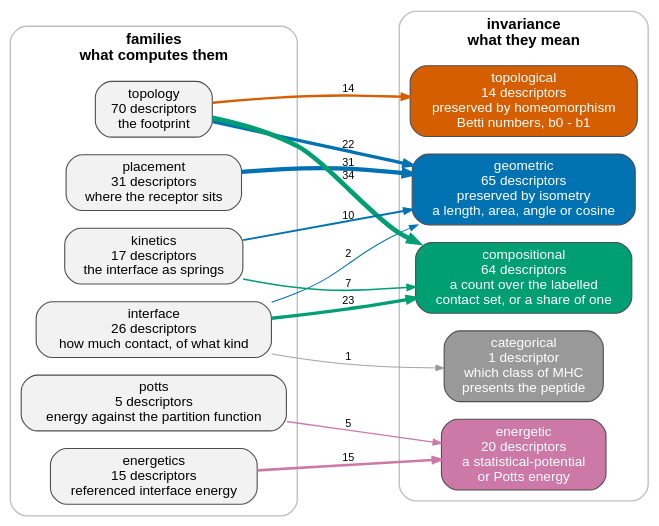
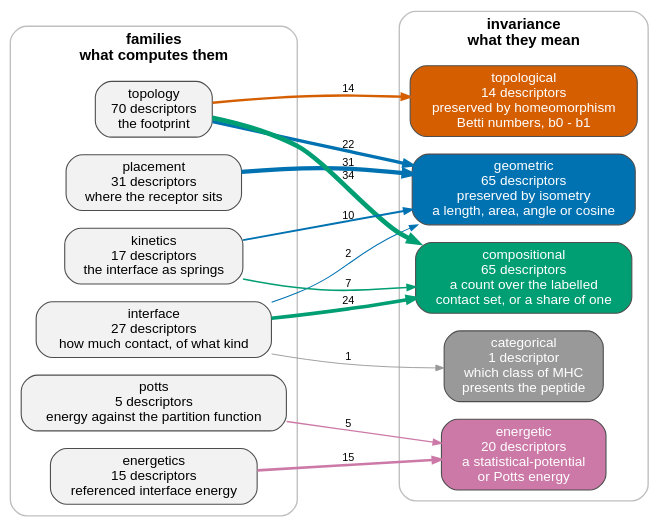
Before and after one commit to antigenomics/tcren: the diagram in docs/_static/descriptor_families.dot, drawn with Graphviz. The commit also changed 11 other files, not shown here.

```diff
--- a/docs/_static/descriptor_families.dot
+++ b/docs/_static/descriptor_families.dot
@@ -1,42 +1,42 @@
 // GENERATED by scripts/gen_family_graph.py -- do not edit.
 digraph descriptor_families {
   rankdir=LR; bgcolor="transparent"; splines=true; nodesep=0.18; ranksep=1.1;
   node [shape=box, style="rounded,filled", fontname="Helvetica", fontsize=10,
         color="#4D4D4D", penwidth=0.8];
   edge [fontname="Helvetica", fontsize=8, color="#4D4D4D", arrowsize=0.6];
 
   // what produces them: one pass of one command per family
   subgraph cluster_family {
     label="families\nwhat computes them"; fontname="Helvetica-Bold"; fontsize=11;
     color="#BFBFBF"; style=rounded;
     "placement" [fillcolor="#F2F2F2", label="placement\n31 descriptors\nwhere the receptor sits"];
-    "interface" [fillcolor="#F2F2F2", label="interface\n26 descriptors\nhow much contact, of what kind"];
+    "interface" [fillcolor="#F2F2F2", label="interface\n27 descriptors\nhow much contact, of what kind"];
     "topology" [fillcolor="#F2F2F2", label="topology\n70 descriptors\nthe footprint"];
     "energetics" [fillcolor="#F2F2F2", label="energetics\n15 descriptors\nreferenced interface energy"];
     "potts" [fillcolor="#F2F2F2", label="potts\n5 descriptors\nenergy against the partition function"];
     "kinetics" [fillcolor="#F2F2F2", label="kinetics\n17 descriptors\nthe interface as springs"];
   }
 
   // what they mean: the invariance the quantity is defined up to
   subgraph cluster_class {
     label="invariance\nwhat they mean"; fontname="Helvetica-Bold"; fontsize=11;
     color="#BFBFBF"; style=rounded;
     "geometric" [fillcolor="#0072B2", fontcolor="white", label="geometric\n65 descriptors\npreserved by isometry\na length, area, angle or cosine"];
     "topological" [fillcolor="#D55E00", fontcolor="white", label="topological\n14 descriptors\npreserved by homeomorphism\nBetti numbers, b0 - b1"];
-    "compositional" [fillcolor="#009E73", fontcolor="white", label="compositional\n64 descriptors\na count over the labelled\ncontact set, or a share of one"];
+    "compositional" [fillcolor="#009E73", fontcolor="white", label="compositional\n65 descriptors\na count over the labelled\ncontact set, or a share of one"];
     "energetic" [fillcolor="#CC79A7", fontcolor="white", label="energetic\n20 descriptors\na statistical-potential\nor Potts energy"];
     "categorical" [fillcolor="#999999", fontcolor="white", label="categorical\n1 descriptor\nwhich class of MHC\npresents the peptide"];
   }
 
   "placement" -> "geometric" [label="31", penwidth=3.20, color="#0072B2"];
-  "interface" -> "compositional" [label="23", penwidth=2.53, color="#009E73"];
+  "interface" -> "compositional" [label="24", penwidth=2.61, color="#009E73"];
   "interface" -> "geometric" [label="2", penwidth=0.77, color="#0072B2"];
   "interface" -> "categorical" [label="1", penwidth=0.68, color="#999999"];
   "topology" -> "compositional" [label="34", penwidth=3.45, color="#009E73"];
   "topology" -> "geometric" [label="22", penwidth=2.45, color="#0072B2"];
   "topology" -> "topological" [label="14", penwidth=1.77, color="#D55E00"];
   "energetics" -> "energetic" [label="15", penwidth=1.86, color="#CC79A7"];
   "potts" -> "energetic" [label="5", penwidth=1.02, color="#CC79A7"];
   "kinetics" -> "geometric" [label="10", penwidth=1.44, color="#0072B2"];
   "kinetics" -> "compositional" [label="7", penwidth=1.19, color="#009E73"];
 }
```
